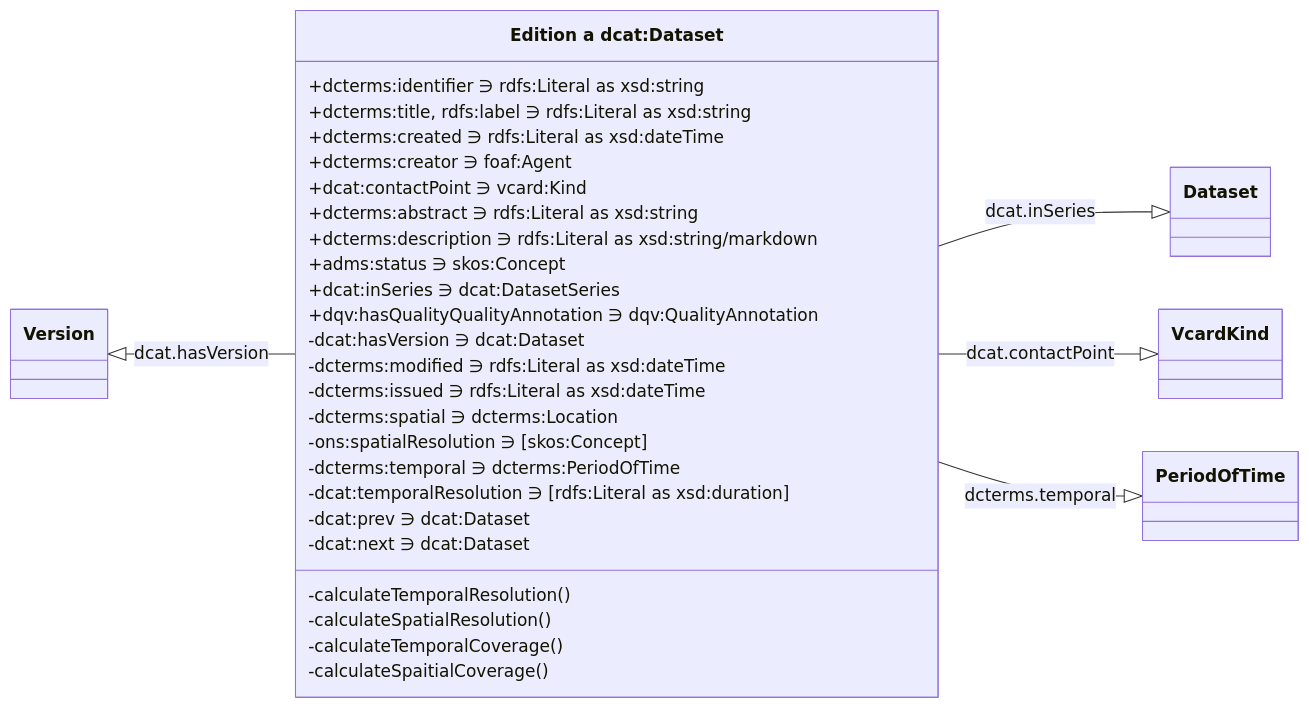
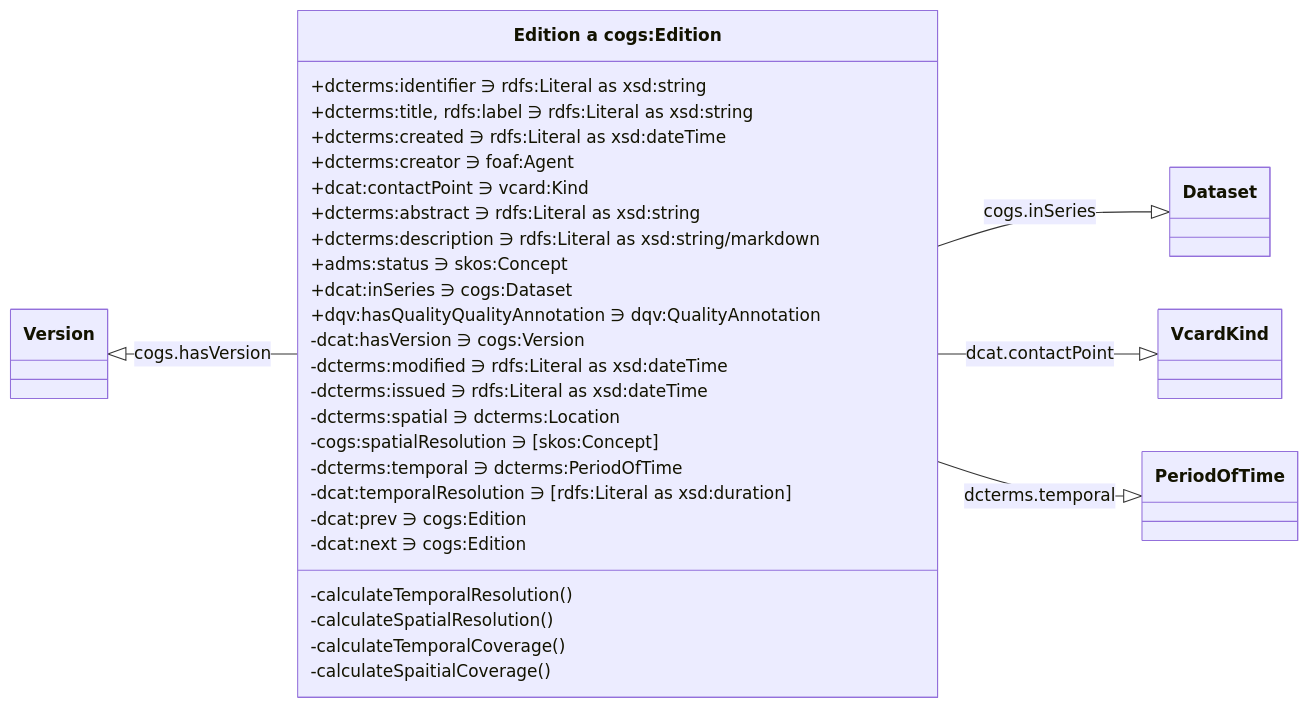
One commit to ONSdigital/application-profile changed the third of 5 diagrams in README.md. Above: the diagram before and after it, drawn with Mermaid. The commit also changed other lines of this file and 11 other files, not shown here.

````diff
--- a/README.md
+++ b/README.md
@@ -407,36 +415,36 @@
 ```mermaid
 classDiagram
     direction LR
 
-    Version <|-- Edition : dcat.hasVersion
-    Edition --|> Dataset : dcat.inSeries 
+    Version <|-- Edition : cogs.hasVersion
+    Edition --|> Dataset : cogs.inSeries 
     Edition --|> VcardKind : dcat.contactPoint
     Edition --|> PeriodOfTime : dcterms.temporal
 
 
-    class Edition["Edition a dcat:Dataset"] {
+    class Edition["Edition a cogs:Edition"] {
         +dcterms:identifier ∋ rdfs:Literal as xsd:string
         +dcterms:title, rdfs:label ∋ rdfs:Literal as xsd:string
         +dcterms:created ∋ rdfs:Literal as xsd:dateTime
         +dcterms:creator ∋ foaf:Agent
         +dcat:contactPoint ∋ vcard:Kind
         +dcterms:abstract ∋ rdfs:Literal as xsd:string
         +dcterms:description ∋ rdfs:Literal as xsd:string/markdown
         +adms:status ∋ skos:Concept
-        +dcat:inSeries ∋ dcat:DatasetSeries
+        +dcat:inSeries ∋ cogs:Dataset
         +dqv:hasQualityQualityAnnotation ∋ dqv:QualityAnnotation
-        -dcat:hasVersion ∋ dcat:Dataset
+        -dcat:hasVersion ∋ cogs:Version
         -dcterms:modified ∋ rdfs:Literal as xsd:dateTime
         -dcterms:issued ∋ rdfs:Literal as xsd:dateTime
         -dcterms:spatial ∋ dcterms:Location
-        -ons:spatialResolution ∋ [skos:Concept]
+        -cogs:spatialResolution ∋ [skos:Concept]
         -dcterms:temporal ∋ dcterms:PeriodOfTime
         -dcat:temporalResolution ∋ [rdfs:Literal as xsd:duration]
-        -dcat:prev ∋ dcat:Dataset
-        -dcat:next ∋ dcat:Dataset
+        -dcat:prev ∋ cogs:Edition
+        -dcat:next ∋ cogs:Edition
         -calculateTemporalResolution()
         -calculateSpatialResolution()
         -calculateTemporalCoverage() 
         -calculateSpaitialCoverage()   
     }
 ```
````
